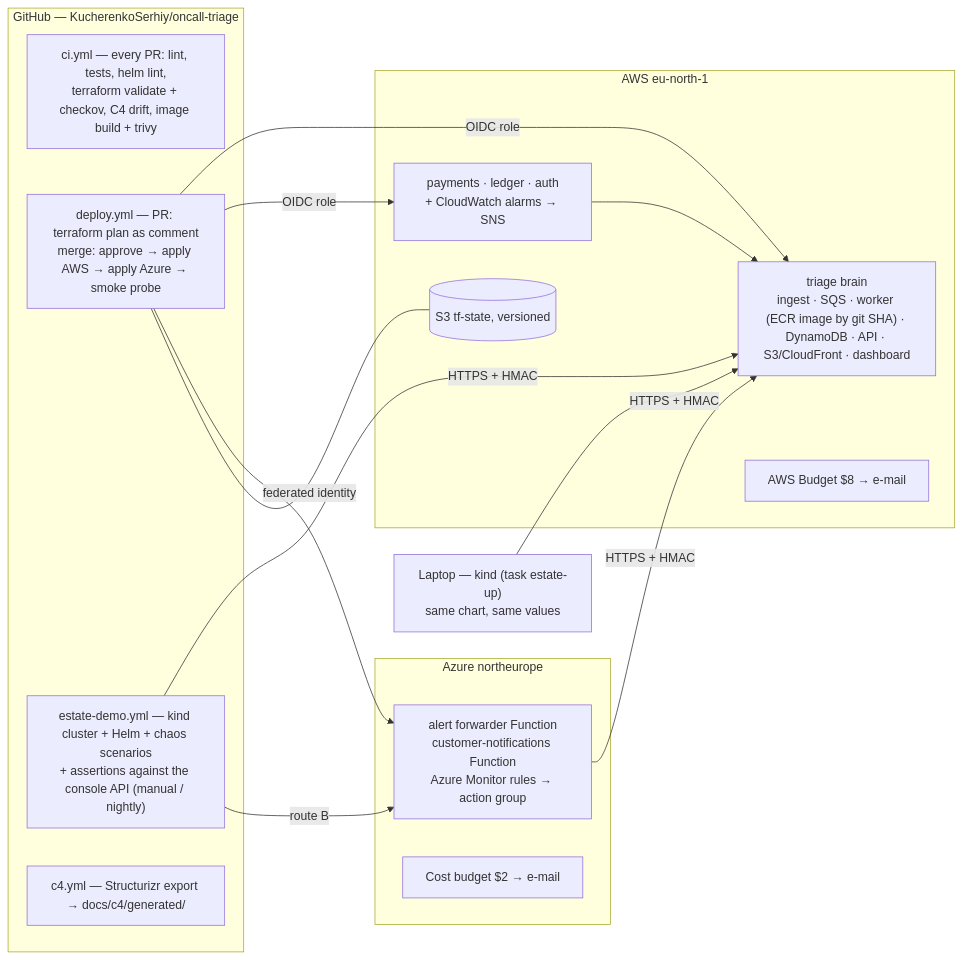
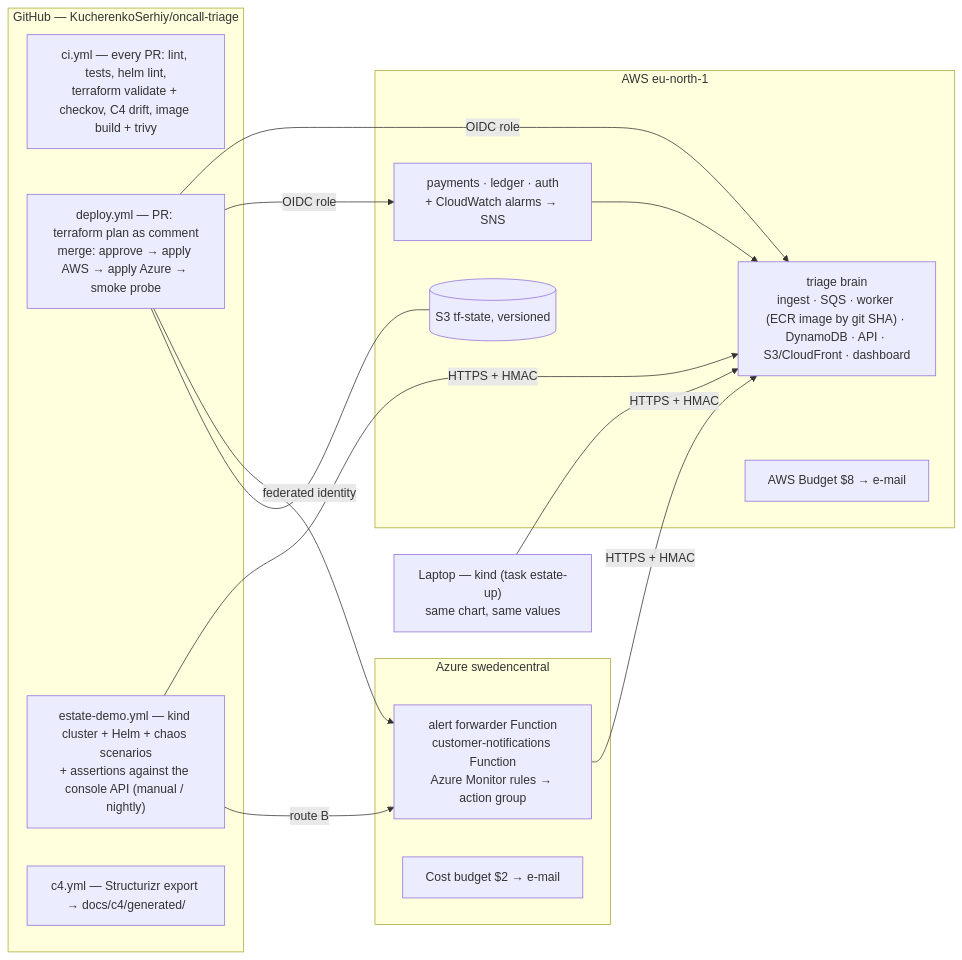
The fourth of 5 diagrams in docs/DESIGN.md (KucherenkoSerhiy/oncall-triage), drawn with Mermaid before and after one commit. The commit also changed other lines of this file and 4 other files, not shown here.

First line of the commit message:
fix(infra-azure): swedencentral - northeurope has no Consumption (Y1) quota; ADR 0005 amended with the per-region probe (#56)

````diff
--- a/docs/DESIGN.md
+++ b/docs/DESIGN.md
@@ -271,28 +271,28 @@
 ```mermaid
 flowchart LR
   subgraph GH["GitHub — KucherenkoSerhiy/oncall-triage"]
     CI["ci.yml — every PR: lint, tests, helm lint,<br/>terraform validate + checkov, C4 drift, image build + trivy"]
     CD["deploy.yml — PR: terraform plan as comment<br/>merge: approve → apply AWS → apply Azure → smoke probe"]
     DEMO["estate-demo.yml — kind cluster + Helm + chaos scenarios<br/>+ assertions against the console API (manual / nightly)"]
     C4["c4.yml — Structurizr export → docs/c4/generated/"]
   end
   subgraph AWS["AWS eu-north-1"]
     TFS[("S3 tf-state, versioned")]
     BRAIN["triage brain<br/>ingest · SQS · worker (ECR image by git SHA) · DynamoDB · API · S3/CloudFront · dashboard"]
     SVCA["payments · ledger · auth<br/>+ CloudWatch alarms → SNS"]
     BUD["AWS Budget $8 → e-mail"]
   end
-  subgraph AZ["Azure northeurope"]
+  subgraph AZ["Azure swedencentral"]
     FWD["alert forwarder Function<br/>customer-notifications Function<br/>Azure Monitor rules → action group"]
     BUDZ["Cost budget $2 → e-mail"]
   end
   LAP["Laptop — kind (task estate-up)<br/>same chart, same values"]
   CD -->|OIDC role| BRAIN & SVCA
   CD -->|federated identity| FWD
   CD --- TFS
   DEMO -->|HTTPS + HMAC| BRAIN
   DEMO -->|route B| FWD
   LAP -->|HTTPS + HMAC| BRAIN
   FWD -->|HTTPS + HMAC| BRAIN
   SVCA --> BRAIN
 ```
````
